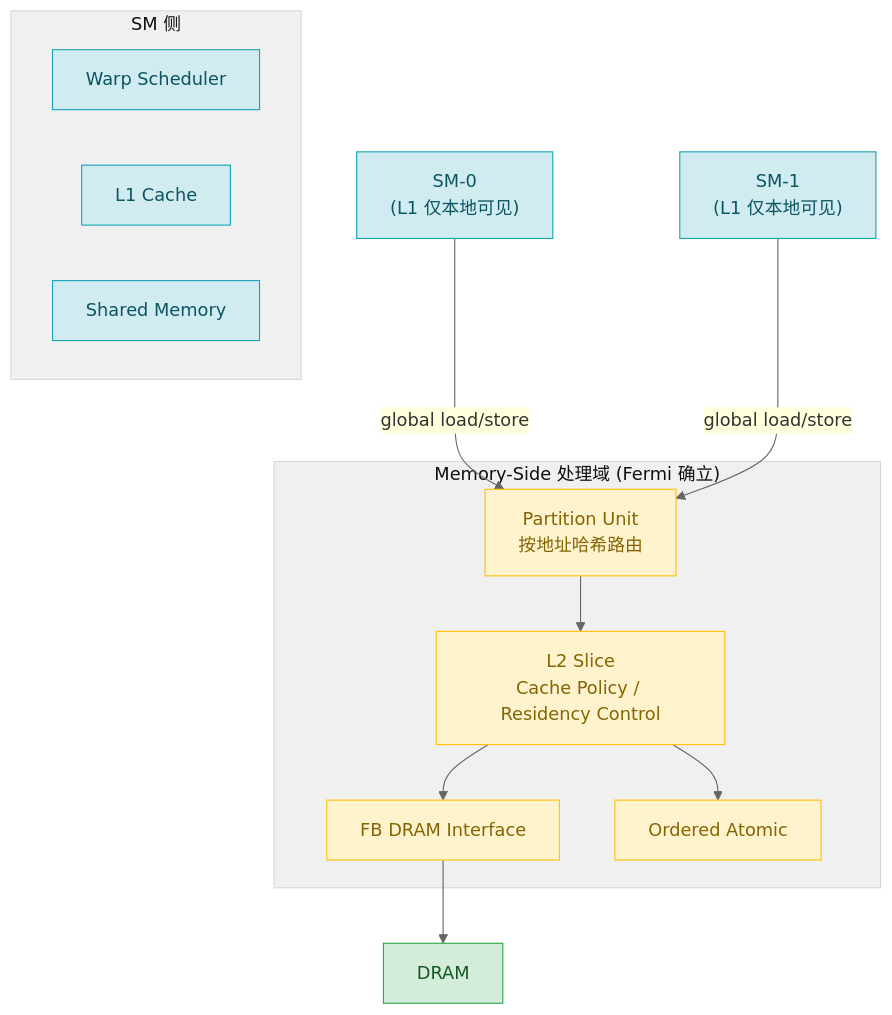
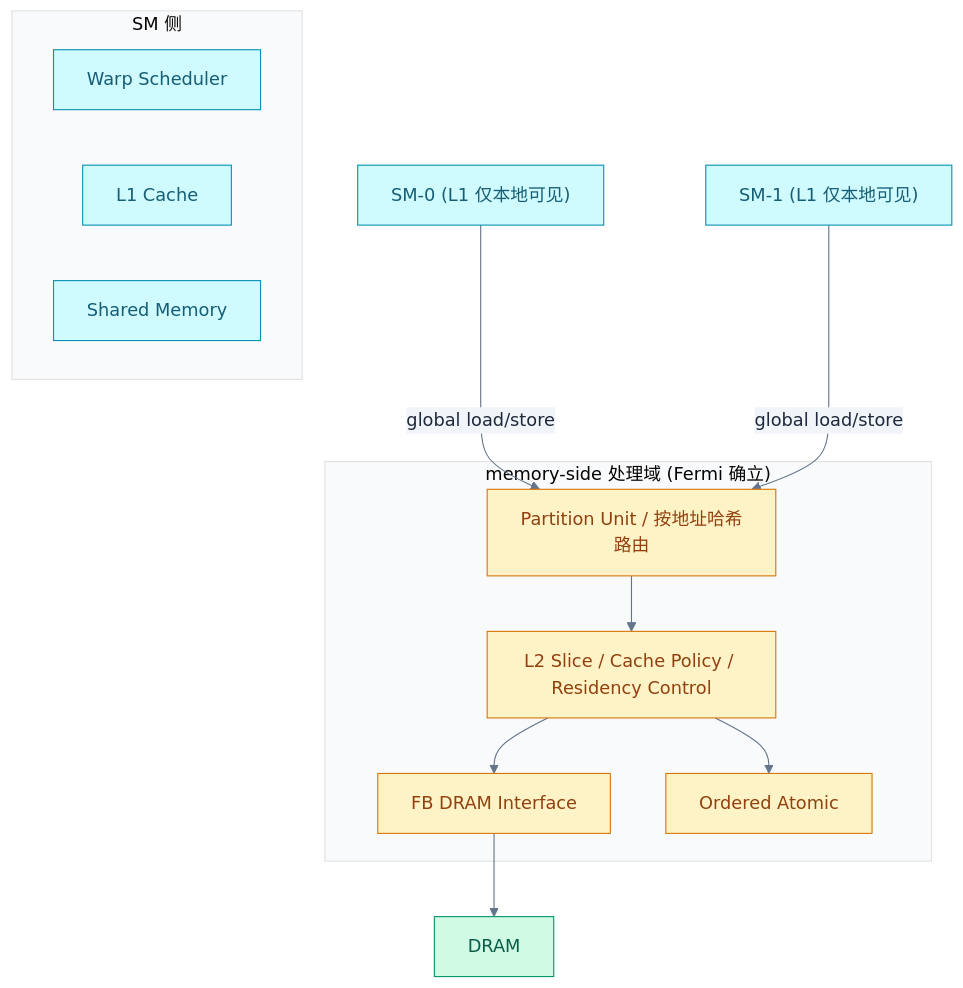
The third of 12 diagrams in LLM/NVIDIA-GPU架构演进与LLM.md (swjtuer326/cs-learning-notes), drawn with Mermaid before and after one commit. The commit also changed other lines of this file and 10 other files, not shown here.

````diff
--- a/LLM/NVIDIA-GPU架构演进与LLM.md
+++ b/LLM/NVIDIA-GPU架构演进与LLM.md
@@ -155,33 +207,33 @@
 ```mermaid
-%%{init: {"theme": "base", "themeVariables": {"primaryColor": "#ECECFF", "primaryTextColor": "#333333", "primaryBorderColor": "#9370DB", "lineColor": "#666666", "secondaryColor": "#ffffde", "secondaryBorderColor": "#aaaa33", "tertiaryColor": "#f0f0f0", "fontFamily": "\"trebuchet ms\", verdana, arial, sans-serif"}}}%%
+%%{init: {"theme": "base", "themeVariables": {"primaryColor": "#f8fafc", "primaryTextColor": "#1e293b", "primaryBorderColor": "#475569", "lineColor": "#64748b", "secondaryColor": "#f1f5f9", "secondaryBorderColor": "#94a3b8", "tertiaryColor": "#f8fafc", "fontFamily": "\"trebuchet ms\", verdana, arial, sans-serif"}}}%%
 flowchart TD
     subgraph "SM 侧"
         Warp["Warp Scheduler"]
         L1["L1 Cache"]
         SMEM["Shared Memory"]
     end
 
-    subgraph "Memory-Side 处理域 (Fermi 确立)"
-        Part["Partition Unit\n按地址哈希路由"]
-        L2Slice["L2 Slice\nCache Policy / Residency Control"]
+    subgraph "memory-side 处理域 (Fermi 确立)"
+        Part["Partition Unit / 按地址哈希路由"]
+        L2Slice["L2 Slice / Cache Policy / Residency Control"]
         FB["FB DRAM Interface"]
         Atomic["Ordered Atomic"]
     end
 
     DRAM["DRAM"]
 
-    SM0["SM-0\n(L1 仅本地可见)"] -->|"global load/store"| Part
-    SM1["SM-1\n(L1 仅本地可见)"] -->|"global load/store"| Part
+    SM0["SM-0 (L1 仅本地可见)"] -->|"global load/store"| Part
+    SM1["SM-1 (L1 仅本地可见)"] -->|"global load/store"| Part
     Part --> L2Slice
     L2Slice --> FB
     L2Slice --> Atomic
     FB --> DRAM
 
-    classDef sm fill:#d1ecf1,stroke:#17a2b8,color:#0c5460
-    classDef ms fill:#fff3cd,stroke:#ffc107,color:#856404
-    classDef dram fill:#d4edda,stroke:#28a745,color:#155724
+    classDef sm fill:#cffafe,stroke:#0891b2,color:#155e75
+    classDef ms fill:#fef3c7,stroke:#d97706,color:#92400e
+    classDef dram fill:#d1fae5,stroke:#059669,color:#065f46
 
     class SM0,SM1,L1,SMEM,Warp sm
     class Part,L2Slice,FB,Atomic ms
     class DRAM dram
 ```
````
